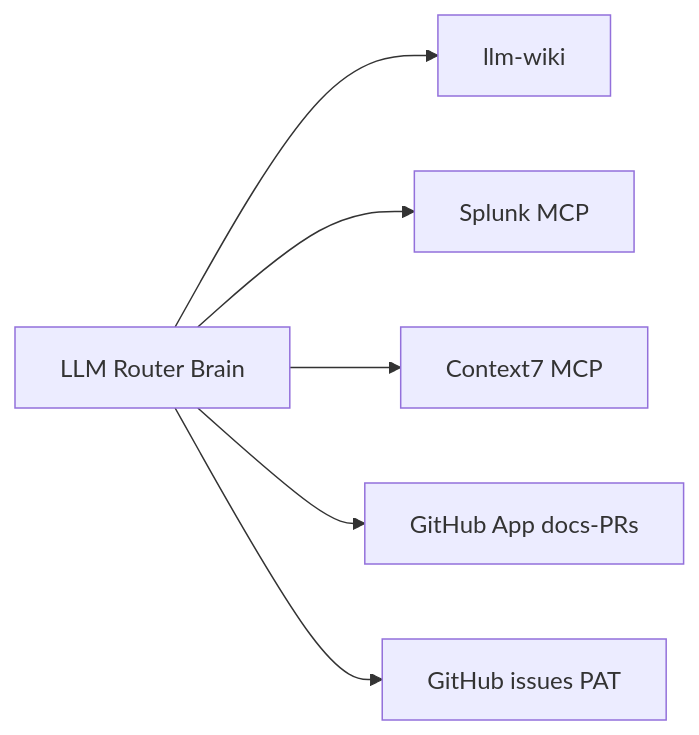
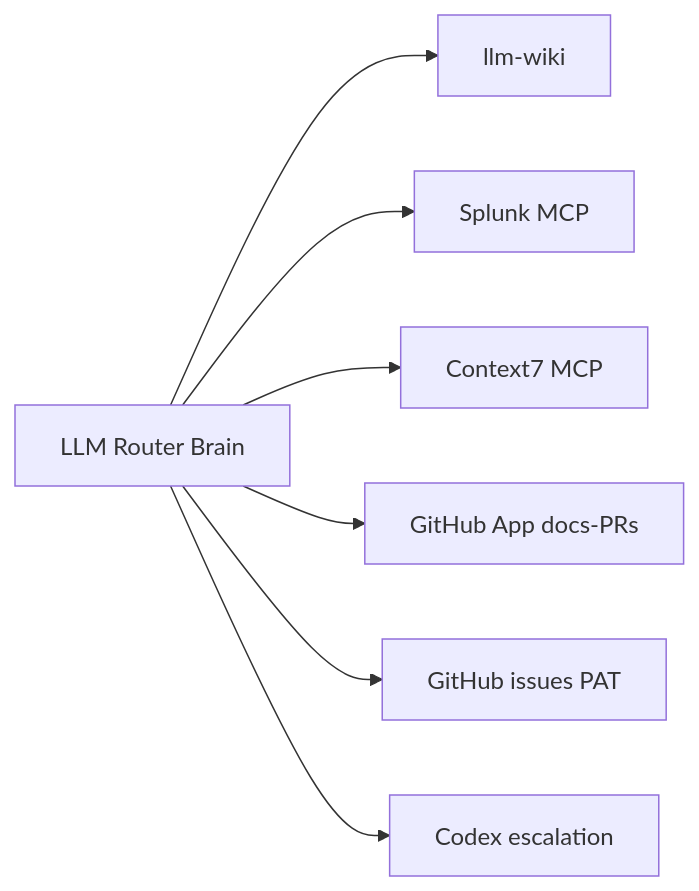
One commit to dryvist/docs changed the second of 2 diagrams in infrastructure/hermes-agent.mdx. Above: the diagram before and after it, drawn with Mermaid. The commit also changed other lines of this file and 2 other files, not shown here.

First line of the commit message:
docs(hermes): align brain, timeouts, and capabilities with shipped serving

````diff
--- a/infrastructure/hermes-agent.mdx
+++ b/infrastructure/hermes-agent.mdx
@@ -84,8 +110,9 @@
 ```mermaid
 flowchart LR
     Brain[LLM Router Brain] --> LLMWiki[llm-wiki]
     Brain --> SplunkMCP[Splunk MCP]
     Brain --> Context7[Context7 MCP]
     Brain --> GitHubApp[GitHub App docs-PRs]
     Brain --> GitHubPAT[GitHub issues PAT]
+    Brain --> Codex[Codex escalation]
 ```
````
